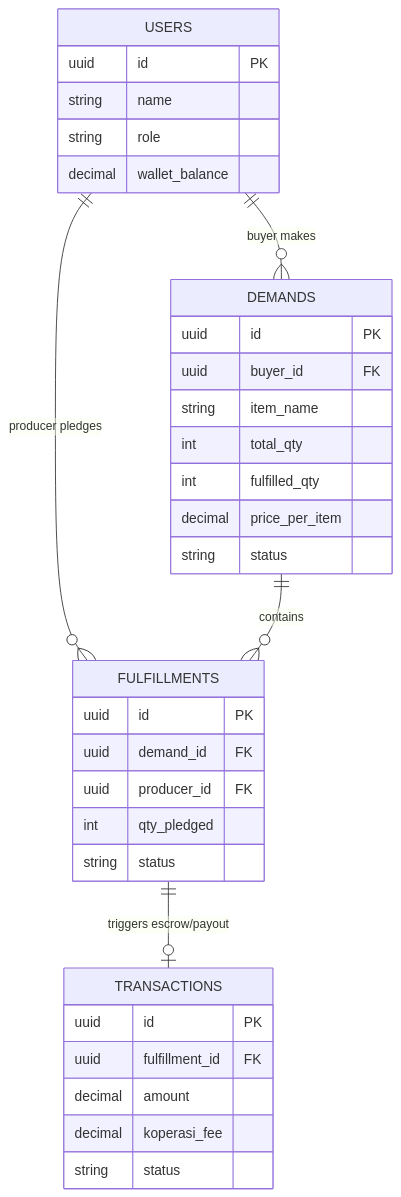
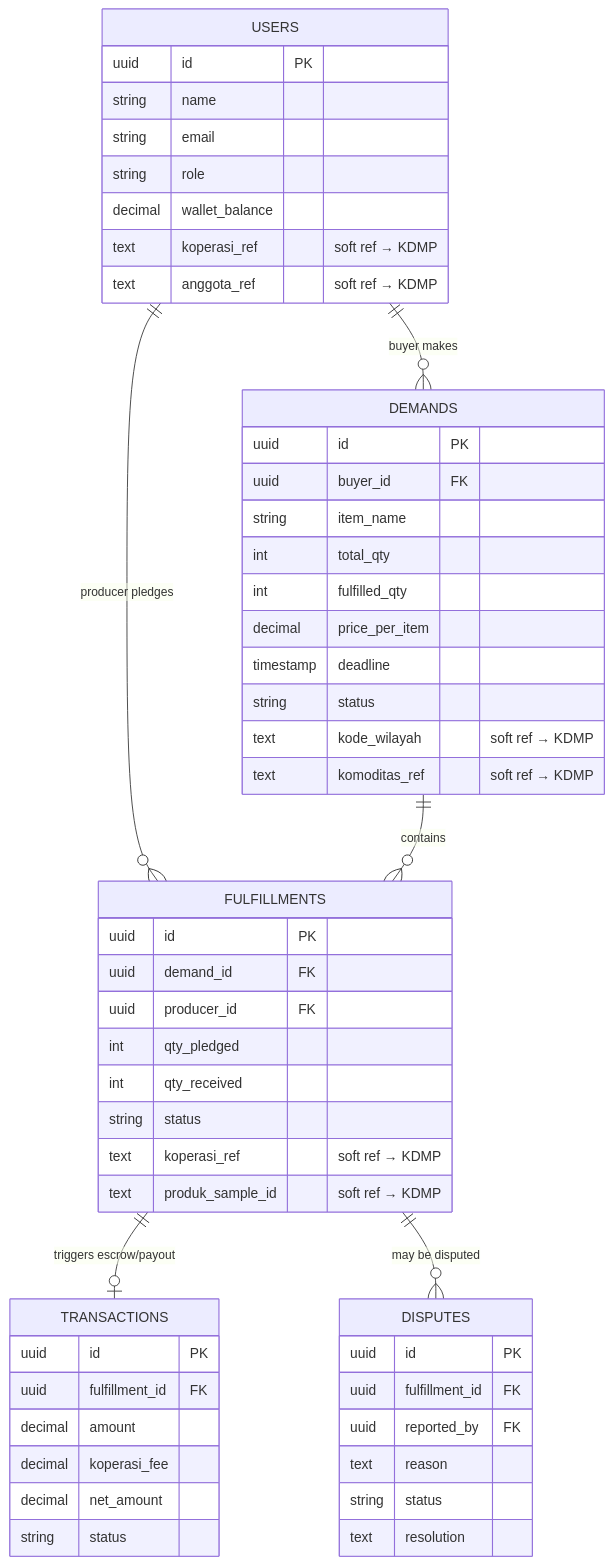
The second of 2 diagrams in PRD.md (niceProg/budes), drawn with Mermaid before and after one commit. The commit also changed other lines of this file and 18 other files, not shown here.

Commit message:
feat: ground Budes on KDMP dataset with two-DB architecture + Go backend

````diff
--- a/PRD.md
+++ b/PRD.md
@@ -138,37 +176,56 @@
 ```mermaid
 erDiagram
     USERS {
         uuid id PK
         string name
+        string email
         string role
         decimal wallet_balance
+        text koperasi_ref "soft ref → KDMP"
+        text anggota_ref "soft ref → KDMP"
     }
     DEMANDS {
         uuid id PK
         uuid buyer_id FK
         string item_name
         int total_qty
         int fulfilled_qty
         decimal price_per_item
+        timestamp deadline
         string status
+        text kode_wilayah "soft ref → KDMP"
+        text komoditas_ref "soft ref → KDMP"
     }
     FULFILLMENTS {
         uuid id PK
         uuid demand_id FK
         uuid producer_id FK
         int qty_pledged
+        int qty_received
         string status
+        text koperasi_ref "soft ref → KDMP"
+        text produk_sample_id "soft ref → KDMP"
     }
     TRANSACTIONS {
         uuid id PK
         uuid fulfillment_id FK
         decimal amount
         decimal koperasi_fee
+        decimal net_amount
         string status
+    }
+    DISPUTES {
+        uuid id PK
+        uuid fulfillment_id FK
+        uuid reported_by FK
+        text reason
+        string status
+        text resolution
     }
 
     USERS ||--o{ DEMANDS : "buyer makes"
     USERS ||--o{ FULFILLMENTS : "producer pledges"
     DEMANDS ||--o{ FULFILLMENTS : "contains"
     FULFILLMENTS ||--o| TRANSACTIONS : "triggers escrow/payout"
+    FULFILLMENTS ||--o{ DISPUTES : "may be disputed"
 ```
````
